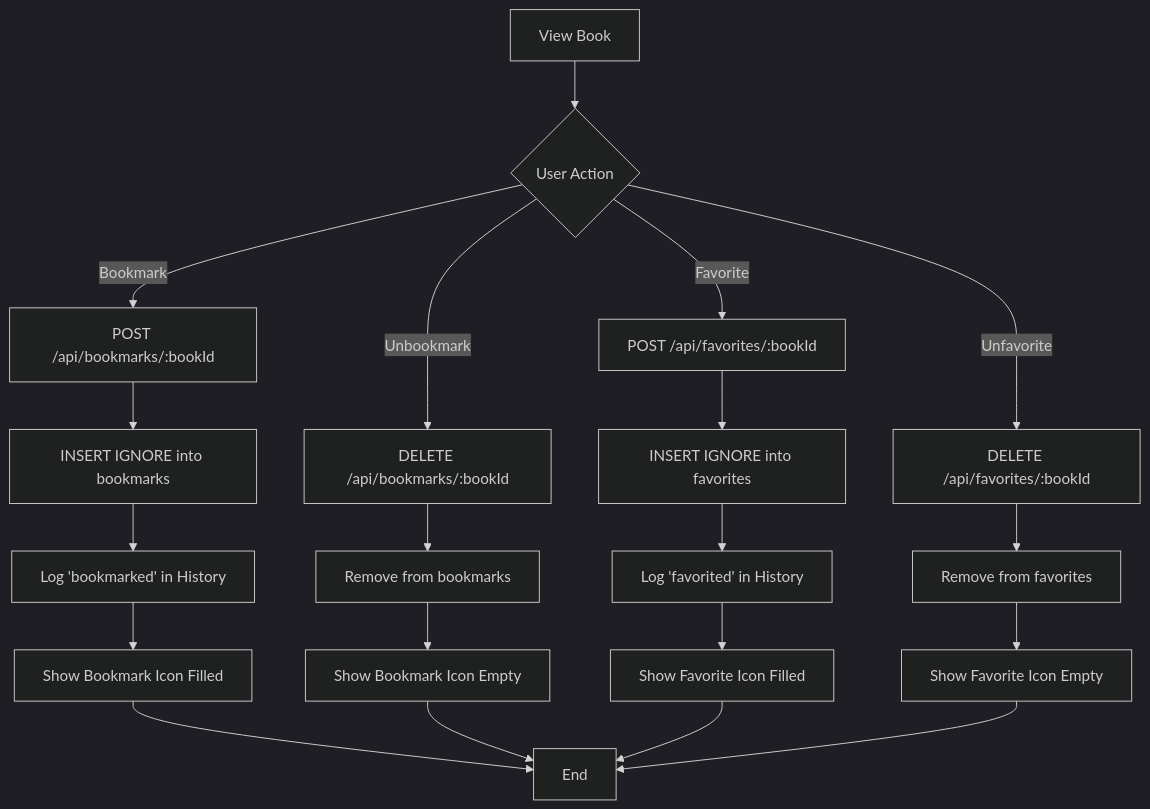
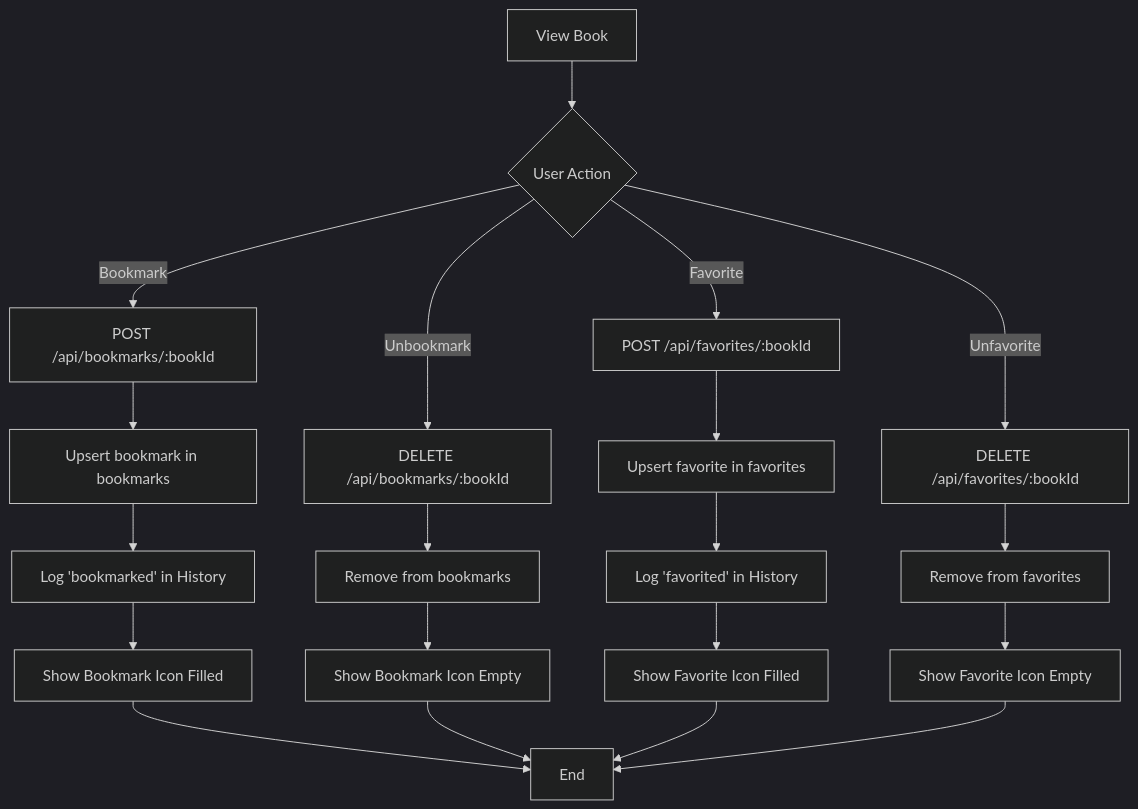
The sixth of 11 diagrams in docs/flowcharts.md (adhisworsharma-oss/learnnova), drawn with Mermaid (dark theme) before and after one commit. The commit also changed other lines of this file and 27 other files, not shown here.

````diff
--- a/docs/flowcharts.md
+++ b/docs/flowcharts.md
@@ -141,22 +141,22 @@
 ```mermaid
 flowchart TD
     A[View Book] --> B{User Action}
     B -->|Bookmark| C[POST /api/bookmarks/:bookId]
-    C --> D[INSERT IGNORE into bookmarks]
+    C --> D[Upsert bookmark in bookmarks]
     D --> E[Log 'bookmarked' in History]
     E --> F[Show Bookmark Icon Filled]
     B -->|Unbookmark| G[DELETE /api/bookmarks/:bookId]
     G --> H[Remove from bookmarks]
     H --> I[Show Bookmark Icon Empty]
     B -->|Favorite| J[POST /api/favorites/:bookId]
-    J --> K[INSERT IGNORE into favorites]
+    J --> K[Upsert favorite in favorites]
     K --> L[Log 'favorited' in History]
     L --> M[Show Favorite Icon Filled]
     B -->|Unfavorite| N[DELETE /api/favorites/:bookId]
     N --> O[Remove from favorites]
     O --> P[Show Favorite Icon Empty]
     F --> Q[End]
     I --> Q
     M --> Q
     P --> Q
 ```
````
